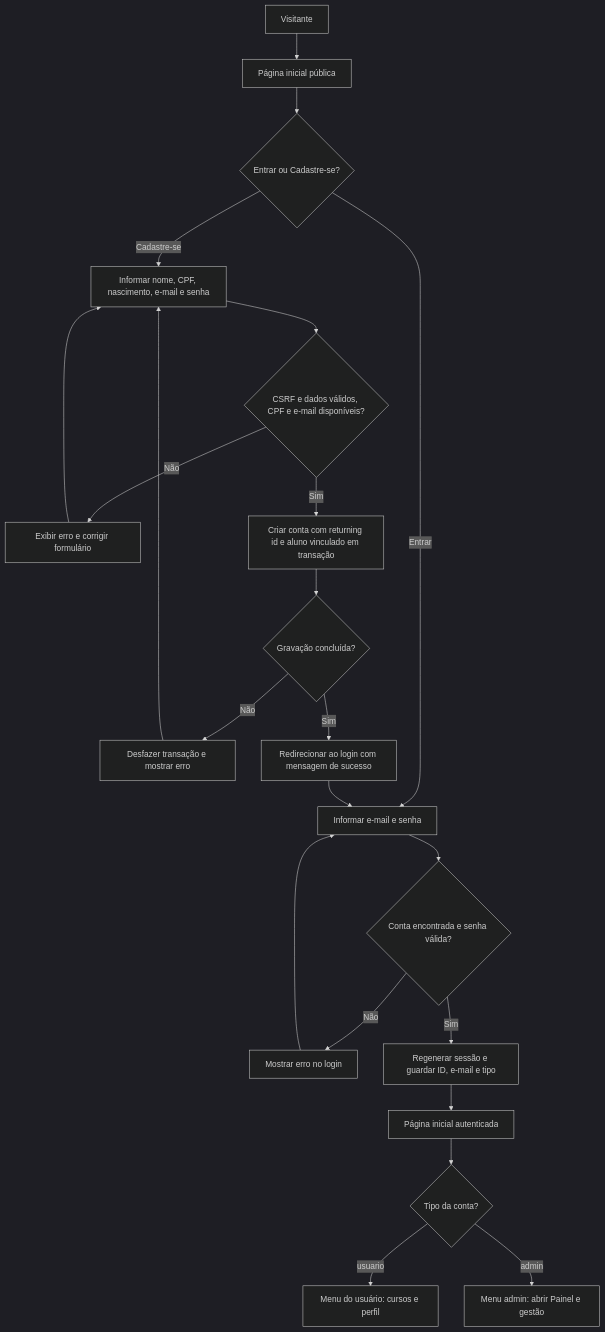
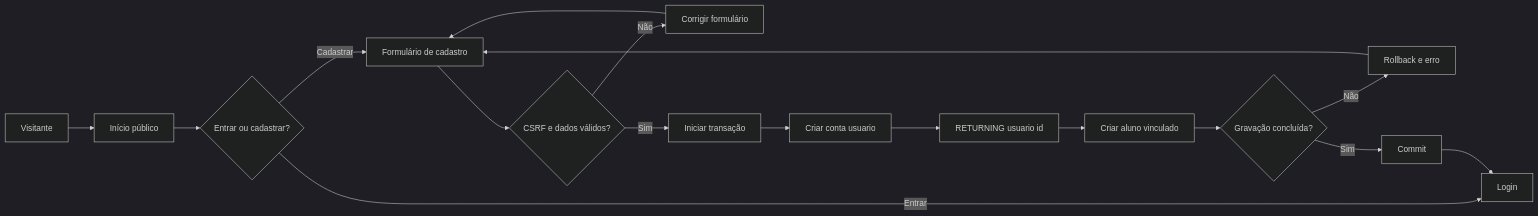
One commit to Matheus-Talasso-Gil/Impulsos-Cursos changed the eighth of 21 diagrams in diagrama.md. Above: the diagram before and after it, drawn with Mermaid (dark theme). The commit also changed other lines of this file and 1 other file, not shown here.

Commit message:
Atualizando o diagrama e criando o product backlog

````diff
--- a/diagrama.md
+++ b/diagrama.md
@@ -184,24 +220,19 @@
 ```mermaid
-flowchart TD
-    Visitante["Visitante"] --> Inicio["Página inicial pública"]
-    Inicio --> Escolha{"Entrar ou Cadastre-se?"}
-    Escolha -->|Entrar| Login["Informar e-mail e senha"]
-    Login --> Credenciais{"Conta encontrada e senha válida?"}
-    Credenciais -->|Não| ErroLogin["Mostrar erro no login"]
-    ErroLogin --> Login
-    Credenciais -->|Sim| Sessao["Regenerar sessão e guardar ID, e-mail e tipo"]
-    Sessao --> Autenticado["Página inicial autenticada"]
-    Autenticado --> Tipo{"Tipo da conta?"}
-    Tipo -->|usuario| Usuario["Menu do usuário: cursos e perfil"]
-    Tipo -->|admin| Admin["Menu admin: abrir Painel e gestão"]
-    Escolha -->|Cadastre-se| Cadastro["Informar nome, CPF, nascimento, e-mail e senha"]
-    Cadastro --> Validacao{"CSRF e dados válidos, CPF e e-mail disponíveis?"}
-    Validacao -->|Não| ErroCadastro["Exibir erro e corrigir formulário"]
-    ErroCadastro --> Cadastro
-    Validacao -->|Sim| Criar["Criar conta com returning id e aluno vinculado em transação"]
-    Criar --> Gravou{"Gravação concluída?"}
-    Gravou -->|Não| Rollback["Desfazer transação e mostrar erro"]
-    Rollback --> Cadastro
-    Gravou -->|Sim| Redirecionar["Redirecionar ao login com mensagem de sucesso"]
-    Redirecionar --> Login
+graph LR
+    Visitante["Visitante"] --> Inicio["Início público"]
+    Inicio --> Escolha{"Entrar ou cadastrar?"}
+    Escolha -->|Entrar| Login["Login"]
+    Escolha -->|Cadastrar| Formulario["Formulário de cadastro"]
+    Formulario --> Validar{"CSRF e dados válidos?"}
+    Validar -->|Não| Erro["Corrigir formulário"]
+    Erro --> Formulario
+    Validar -->|Sim| Transacao["Iniciar transação"]
+    Transacao --> Conta["Criar conta usuario"]
+    Conta --> Id["RETURNING usuario id"]
+    Id --> Aluno["Criar aluno vinculado"]
+    Aluno --> Resultado{"Gravação concluída?"}
+    Resultado -->|Não| Rollback["Rollback e erro"]
+    Rollback --> Formulario
+    Resultado -->|Sim| Commit["Commit"]
+    Commit --> Login
 ```
````
